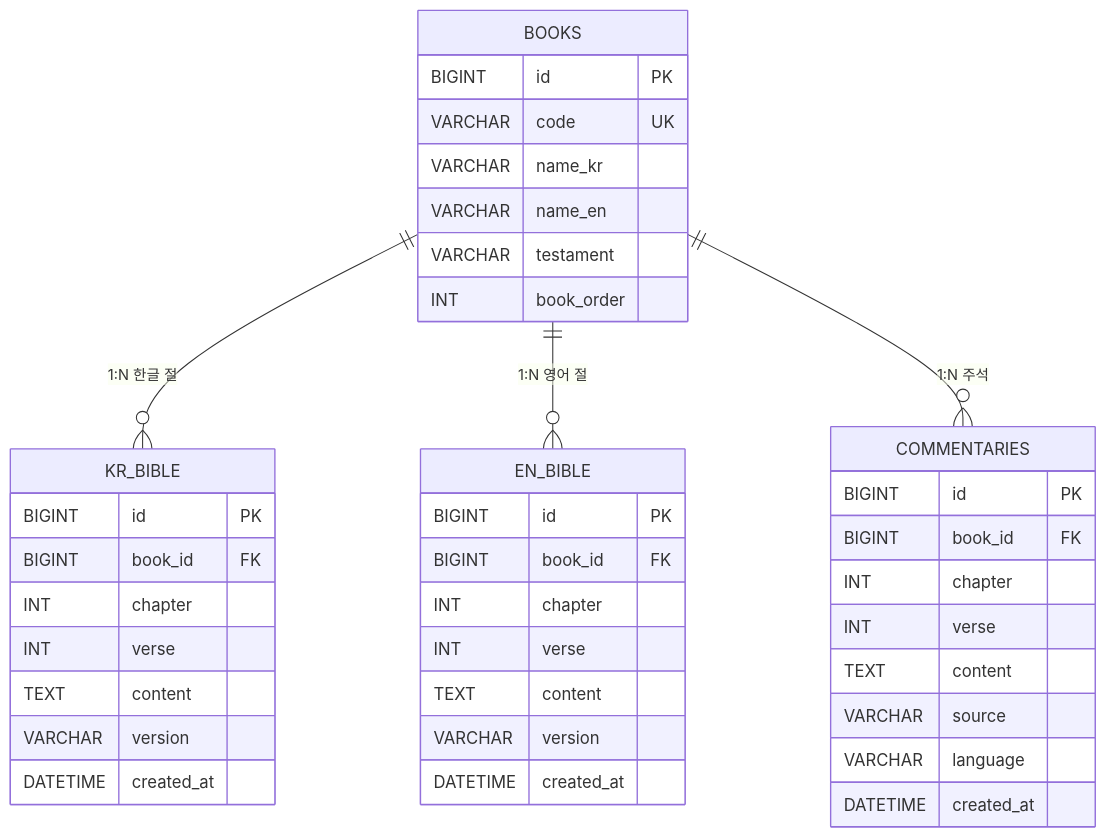
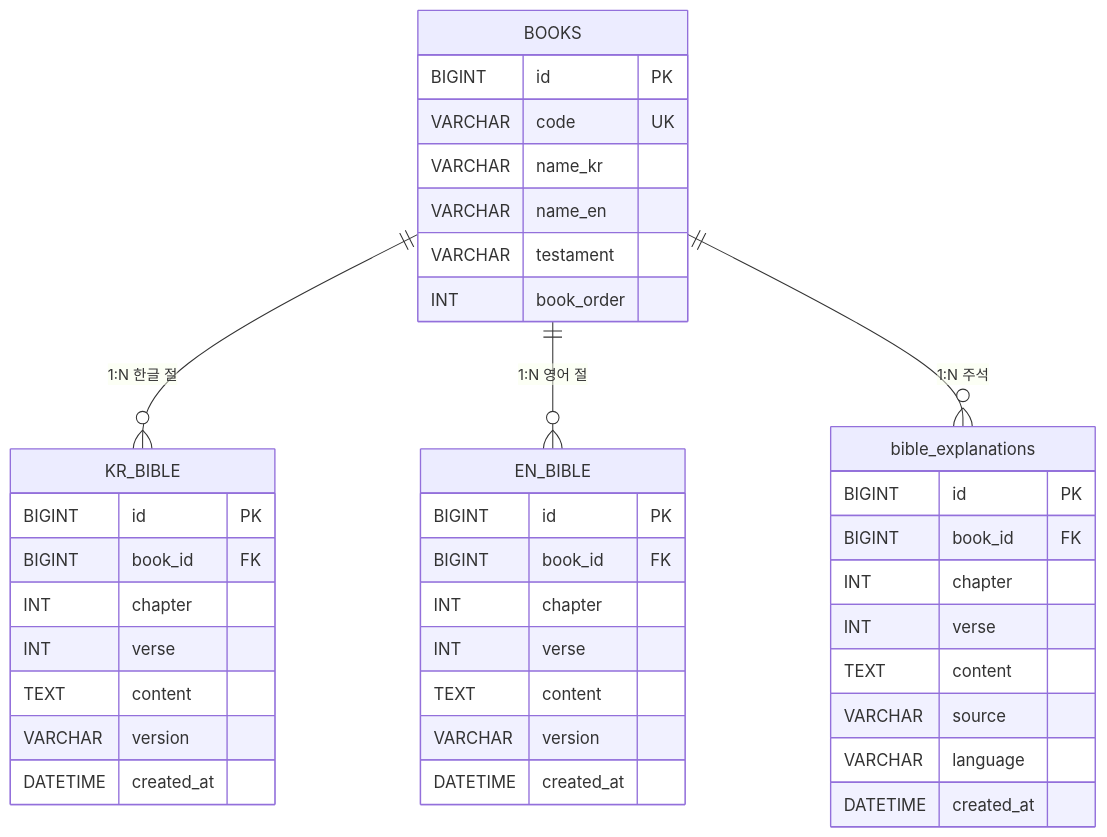
Before and after one commit to Tae0072/2nd-Team-Project: the second of 7 diagrams in 02_ERD_문서.md, drawn with Mermaid. The commit also changed other lines of this file and 56 other files, not shown here.

````diff
--- a/02_ERD_문서.md
+++ b/02_ERD_문서.md
@@ -225,43 +235,43 @@
 ```mermaid
 erDiagram
     BOOKS ||--o{ KR_BIBLE : "1:N 한글 절"
     BOOKS ||--o{ EN_BIBLE : "1:N 영어 절"
-    BOOKS ||--o{ COMMENTARIES : "1:N 주석"
+    BOOKS ||--o{ bible_explanations : "1:N 주석"
 
     BOOKS {
         BIGINT id PK
         VARCHAR code UK
         VARCHAR name_kr
         VARCHAR name_en
         VARCHAR testament
         INT book_order
     }
     KR_BIBLE {
         BIGINT id PK
         BIGINT book_id FK
         INT chapter
         INT verse
         TEXT content
         VARCHAR version
         DATETIME created_at
     }
     EN_BIBLE {
         BIGINT id PK
         BIGINT book_id FK
         INT chapter
         INT verse
         TEXT content
         VARCHAR version
         DATETIME created_at
     }
-    COMMENTARIES {
+    bible_explanations {
         BIGINT id PK
         BIGINT book_id FK
         INT chapter
         INT verse
         TEXT content
         VARCHAR source
         VARCHAR language
         DATETIME created_at
     }
 ```
````
